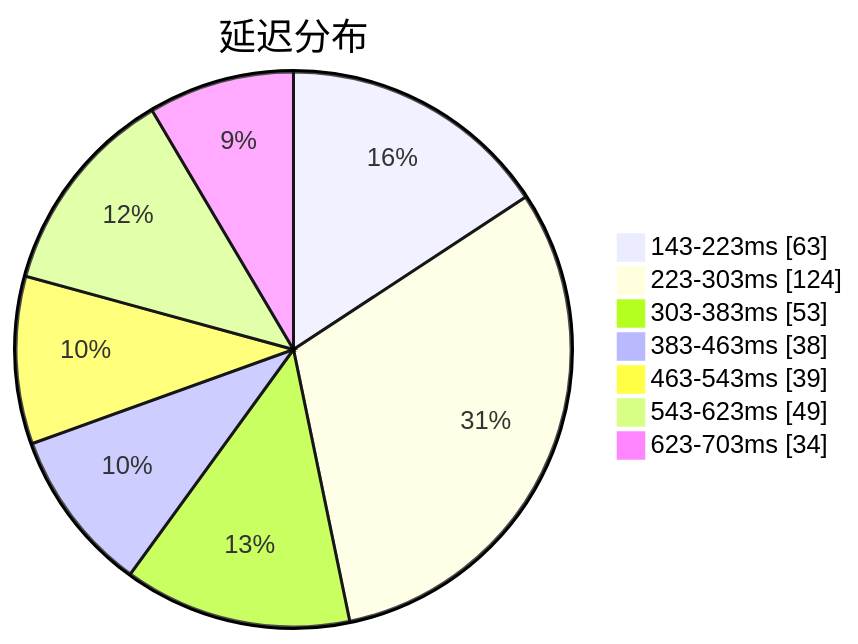
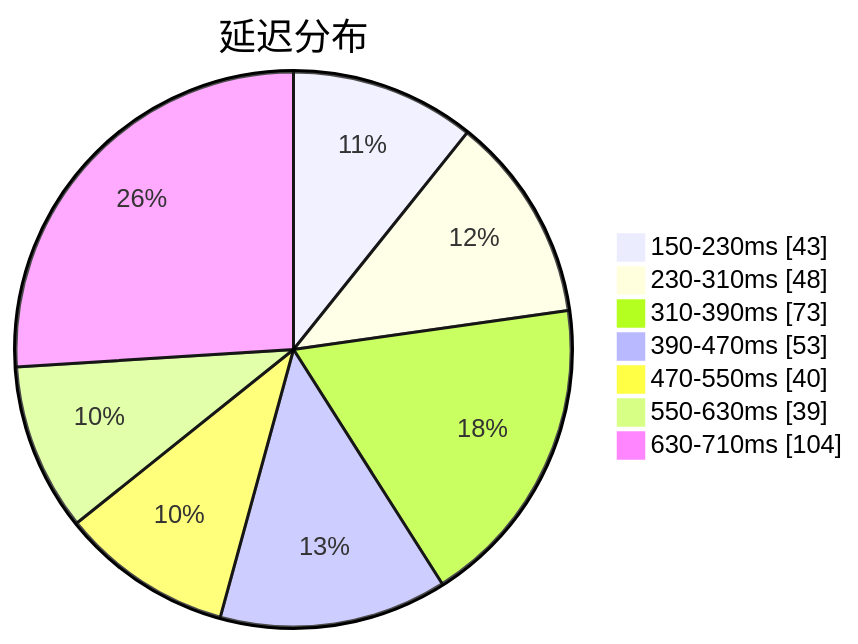
The first of 3 diagrams in subs/statistics/tested_within.md (qjlxg/airport), drawn with Mermaid before and after one commit. The commit also changed other lines of this file and 2 other files, not shown here.

Commit message:
Tested by metaST

````diff
--- a/subs/statistics/tested_within.md
+++ b/subs/statistics/tested_within.md
@@ -2,11 +2,11 @@
 ```mermaid
 pie showData
 title 延迟分布
-"143-223ms" : 63
-"223-303ms" : 124
-"303-383ms" : 53
-"383-463ms" : 38
-"463-543ms" : 39
-"543-623ms" : 49
-"623-703ms" : 34
+"150-230ms" : 43
+"230-310ms" : 48
+"310-390ms" : 73
+"390-470ms" : 53
+"470-550ms" : 40
+"550-630ms" : 39
+"630-710ms" : 104
 ```
````
